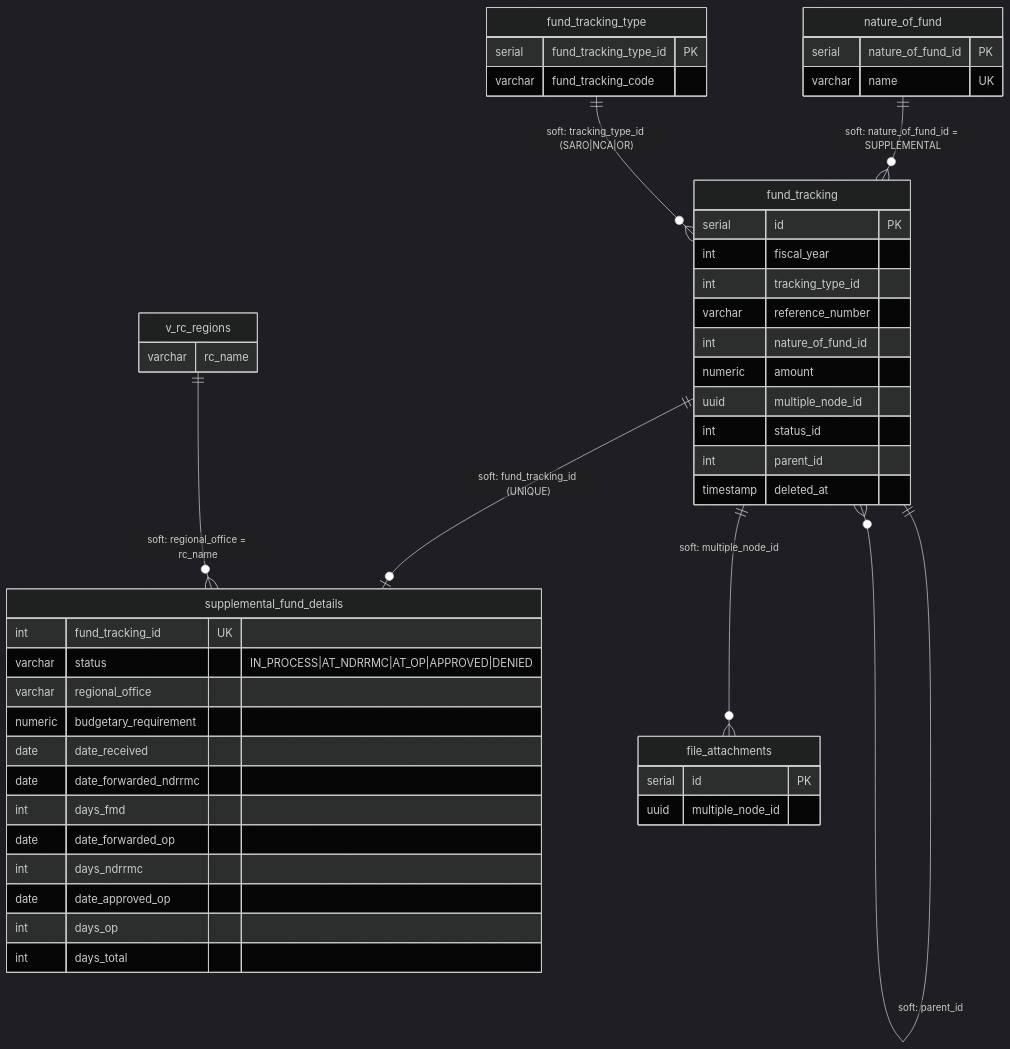
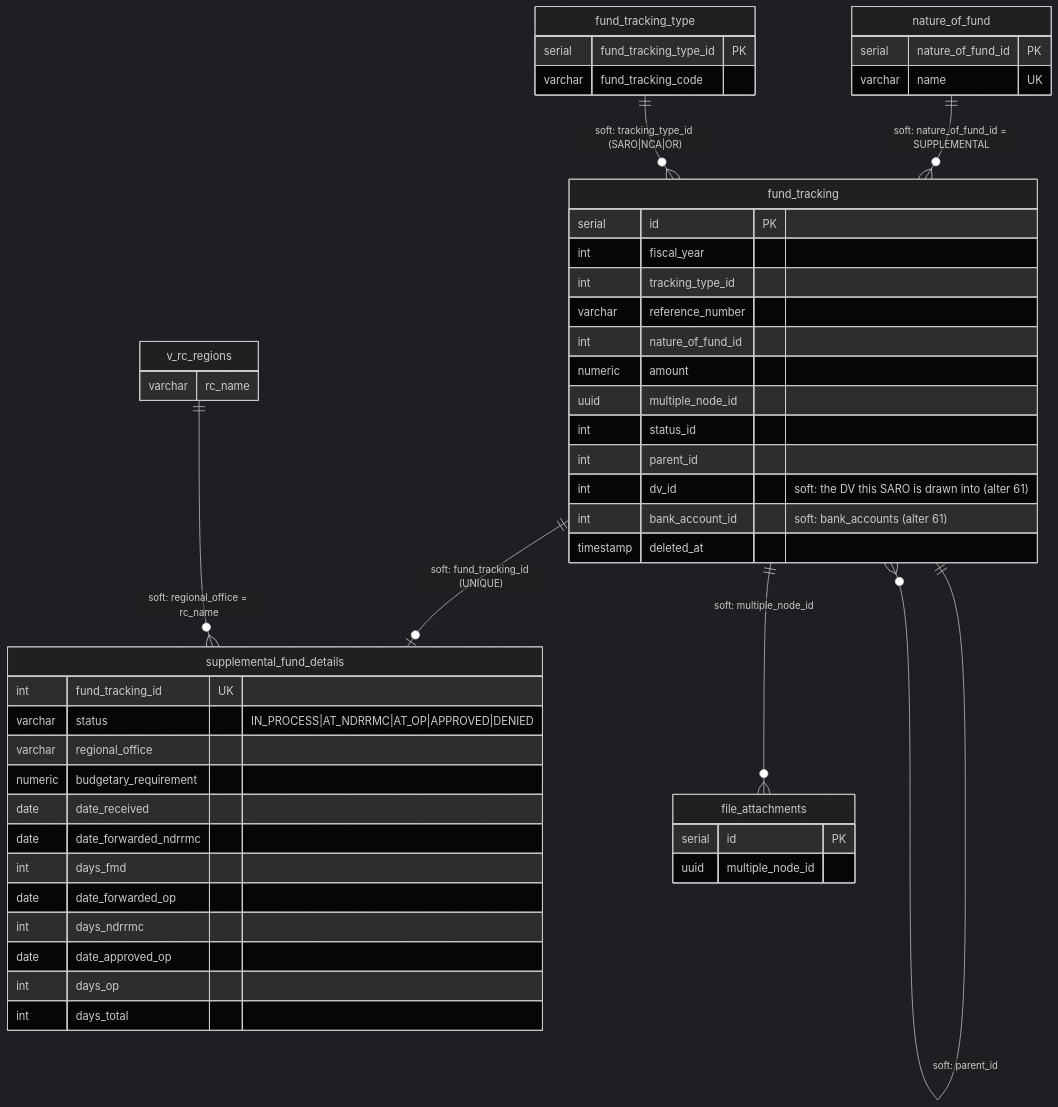
Diagram 28 of 39 in system_docs/ERD/README.md (A-team-ITBS/fims-nha), drawn with Mermaid (dark theme) before and after one commit. The commit also changed other lines of this file and 2 other files, not shown here.

Commit message:
docs: process flow PDF rebuilt (DV "Return", DV print GL codes); ERD — DV SARO link + PO→IAR check, fund_tracking.dv_id / bank_account_id, bank reconciliation adjusting JEV

````diff
--- a/system_docs/ERD/README.md
+++ b/system_docs/ERD/README.md
@@ -1764,50 +1769,52 @@
 ```mermaid
 erDiagram
     nature_of_fund ||--o{ fund_tracking : "soft: nature_of_fund_id = SUPPLEMENTAL"
     fund_tracking_type ||--o{ fund_tracking : "soft: tracking_type_id (SARO|NCA|OR)"
     fund_tracking ||--o{ fund_tracking : "soft: parent_id"
     fund_tracking ||--o| supplemental_fund_details : "soft: fund_tracking_id (UNIQUE)"
     v_rc_regions ||--o{ supplemental_fund_details : "soft: regional_office = rc_name"
     fund_tracking ||--o{ file_attachments : "soft: multiple_node_id"
     fund_tracking {
         serial id PK
         int fiscal_year
         int tracking_type_id
         varchar reference_number
         int nature_of_fund_id
         numeric amount
         uuid multiple_node_id
         int status_id
         int parent_id
+        int dv_id "soft: the DV this SARO is drawn into (alter 61)"
+        int bank_account_id "soft: bank_accounts (alter 61)"
         timestamp deleted_at
     }
     supplemental_fund_details {
         int fund_tracking_id UK
         varchar status "IN_PROCESS|AT_NDRRMC|AT_OP|APPROVED|DENIED"
         varchar regional_office
         numeric budgetary_requirement
         date date_received
         date date_forwarded_ndrrmc
         int days_fmd
         date date_forwarded_op
         int days_ndrrmc
         date date_approved_op
         int days_op
         int days_total
     }
     nature_of_fund {
         serial nature_of_fund_id PK
         varchar name UK
     }
     fund_tracking_type {
         serial fund_tracking_type_id PK
         varchar fund_tracking_code
     }
     v_rc_regions {
         varchar rc_name
     }
     file_attachments {
         serial id PK
         uuid multiple_node_id
     }
 ```
````
